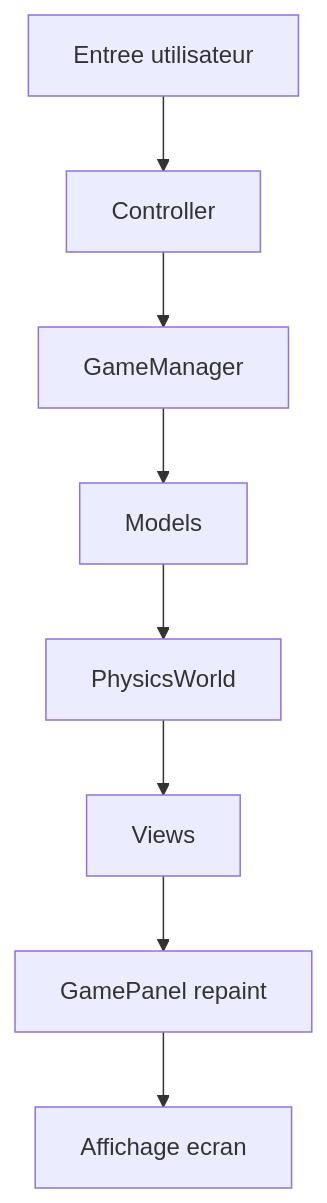
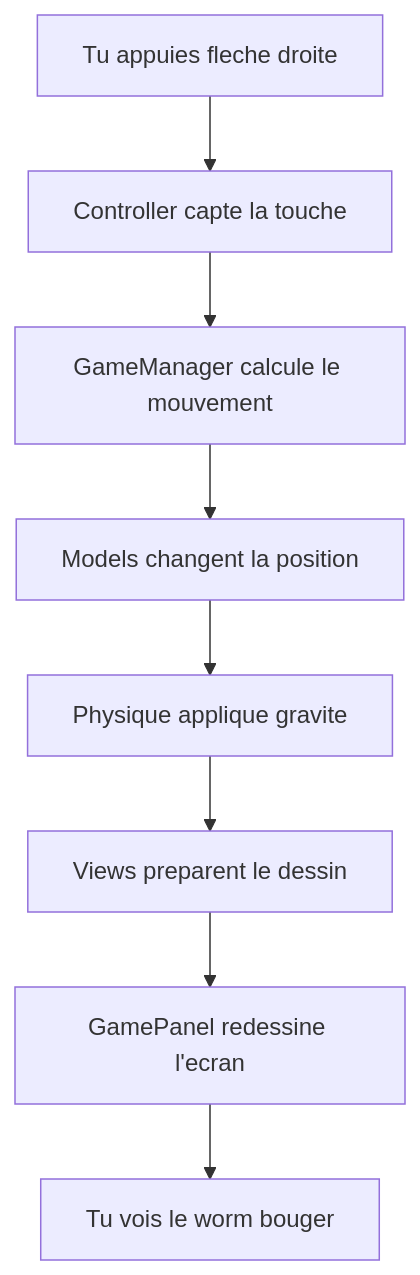
The diagram in DIAGRAMME.md (dopioh/Worms-UPCite), drawn with Mermaid before and after one commit. The commit also changed other lines of this file, not shown here.

Commit message:
Corriger le diagramme MVC - relations plus precises

````diff
--- a/DIAGRAMME.md
+++ b/DIAGRAMME.md
@@ -91,10 +97,10 @@
 ```mermaid
 graph TD
-    A[Entree utilisateur] --> B[Controller]
-    B --> C[GameManager]
-    C --> D[Models]
-    D --> E[PhysicsWorld]
-    E --> F[Views]
-    F --> G[GamePanel repaint]
-    G --> H[Affichage ecran]
+    A[Tu appuies fleche droite] --> B[Controller capte la touche]
+    B --> C[GameManager calcule le mouvement]
+    C --> D[Models changent la position]
+    D --> E[Physique applique gravite]
+    E --> F[Views preparent le dessin]
+    F --> G[GamePanel redessine l'ecran]
+    G --> H[Tu vois le worm bouger]
 ```
````
